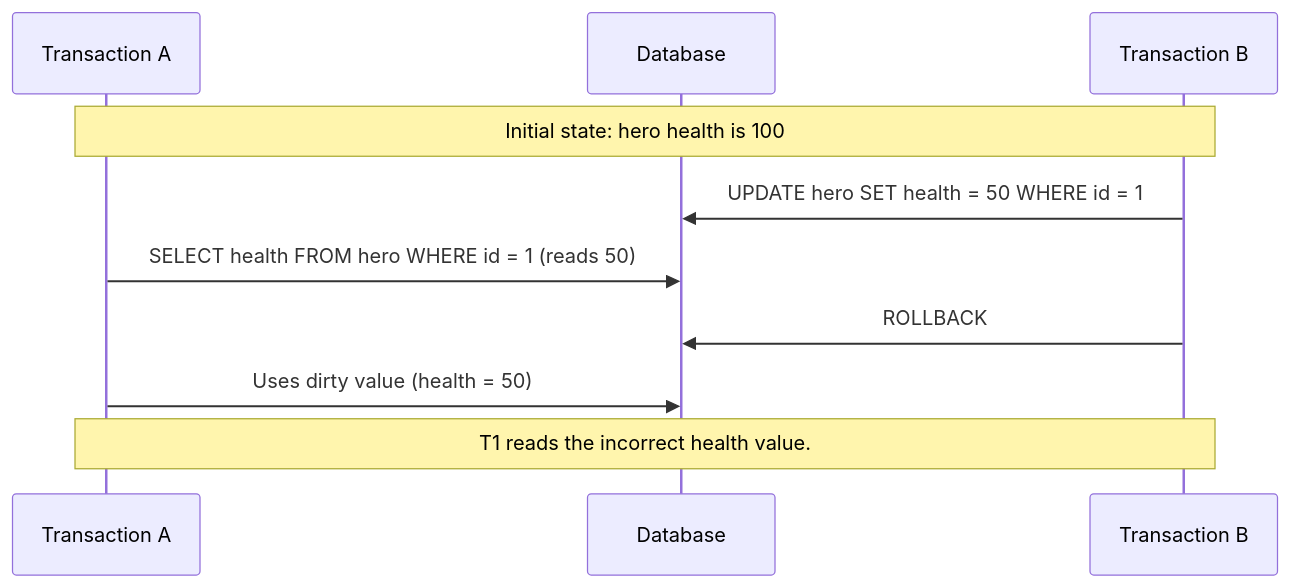
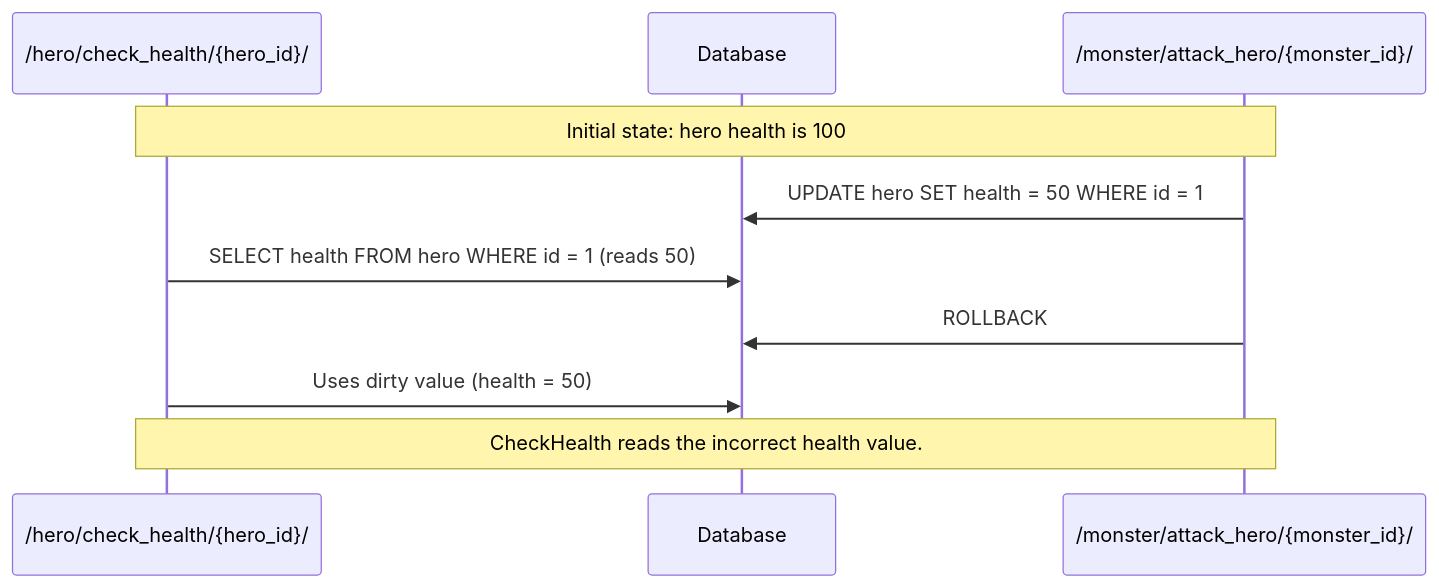
Before and after one commit to jluudev/365-group-project: the first of 3 diagrams in docs/concurrency.md, drawn with Mermaid. The commit also changed other lines of this file, not shown here.

````diff
--- a/docs/concurrency.md
+++ b/docs/concurrency.md
@@ -9,12 +9,12 @@
 ```mermaid
 sequenceDiagram
-    participant T1 as Transaction A
+    participant CheckHealth as /hero/check_health/{hero_id}/
     participant DB as Database
-    participant T2 as Transaction B
-    Note over T1, T2: Initial state: hero health is 100
-    T2->>DB: UPDATE hero SET health = 50 WHERE id = 1
-    T1->>DB: SELECT health FROM hero WHERE id = 1 (reads 50)
-    T2->>DB: ROLLBACK
-    T1->>DB: Uses dirty value (health = 50)
-    Note over T1, T2: T1 reads the incorrect health value.
+    participant AttackHero as /monster/attack_hero/{monster_id}/
+    Note over CheckHealth, AttackHero: Initial state: hero health is 100
+    AttackHero->>DB: UPDATE hero SET health = 50 WHERE id = 1
+    CheckHealth->>DB: SELECT health FROM hero WHERE id = 1 (reads 50)
+    AttackHero->>DB: ROLLBACK
+    CheckHealth->>DB: Uses dirty value (health = 50)
+    Note over CheckHealth, AttackHero: CheckHealth reads the incorrect health value.
 ```
````
